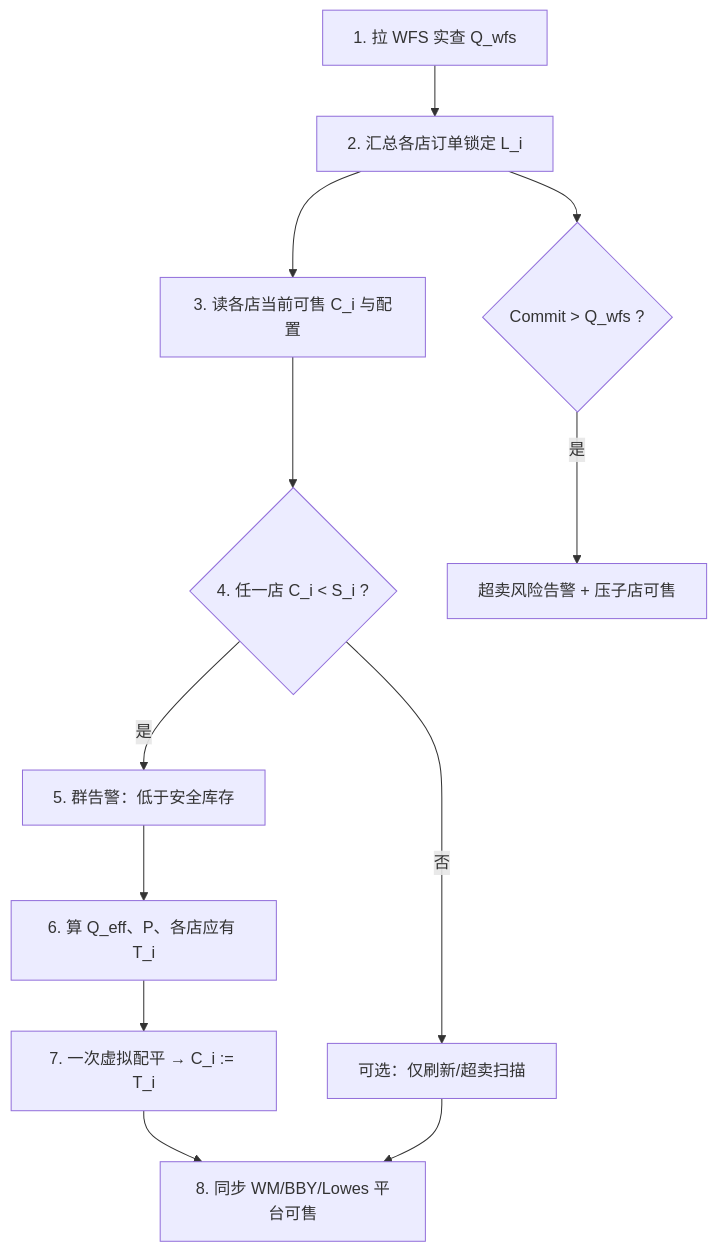
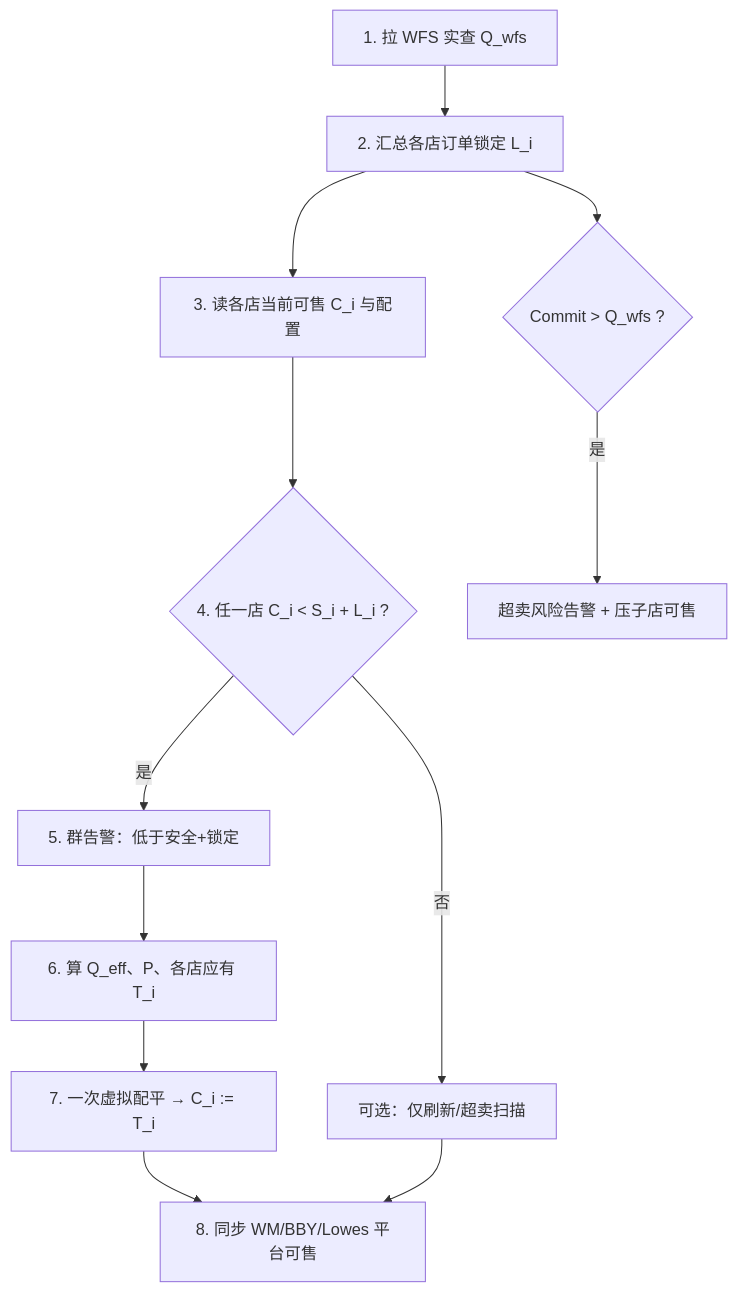
One commit to 18501404120/cursor changed the first of 5 diagrams in 文件夹/需求/商超3p需求/原型/WFS共享库存与自动借货-详细方案.md. Above: the diagram before and after it, drawn with Mermaid. The commit also changed other lines of this file and 4 other files, not shown here.

````diff
--- a/文件夹/需求/商超3p需求/原型/WFS共享库存与自动借货-详细方案.md
+++ b/文件夹/需求/商超3p需求/原型/WFS共享库存与自动借货-详细方案.md
@@ -173,14 +187,14 @@
 ```mermaid
 flowchart TD
   A[1. 拉 WFS 实查 Q_wfs] --> B[2. 汇总各店订单锁定 L_i]
   B --> C[3. 读各店当前可售 C_i 与配置]
-  C --> D{4. 任一店 C_i < S_i ?}
-  D -->|是| E[5. 群告警：低于安全库存]
+  C --> D{4. 任一店 C_i < S_i + L_i ?}
+  D -->|是| E[5. 群告警：低于安全+锁定]
   E --> F[6. 算 Q_eff、P、各店应有 T_i]
   F --> G[7. 一次虚拟配平 → C_i := T_i]
   G --> H[8. 同步 WM/BBY/Lowes 平台可售]
   D -->|否| I[可选：仅刷新/超卖扫描]
   I --> H
   B --> J{Commit > Q_wfs ?}
   J -->|是| K[超卖风险告警 + 压子店可售]
 ```
````
